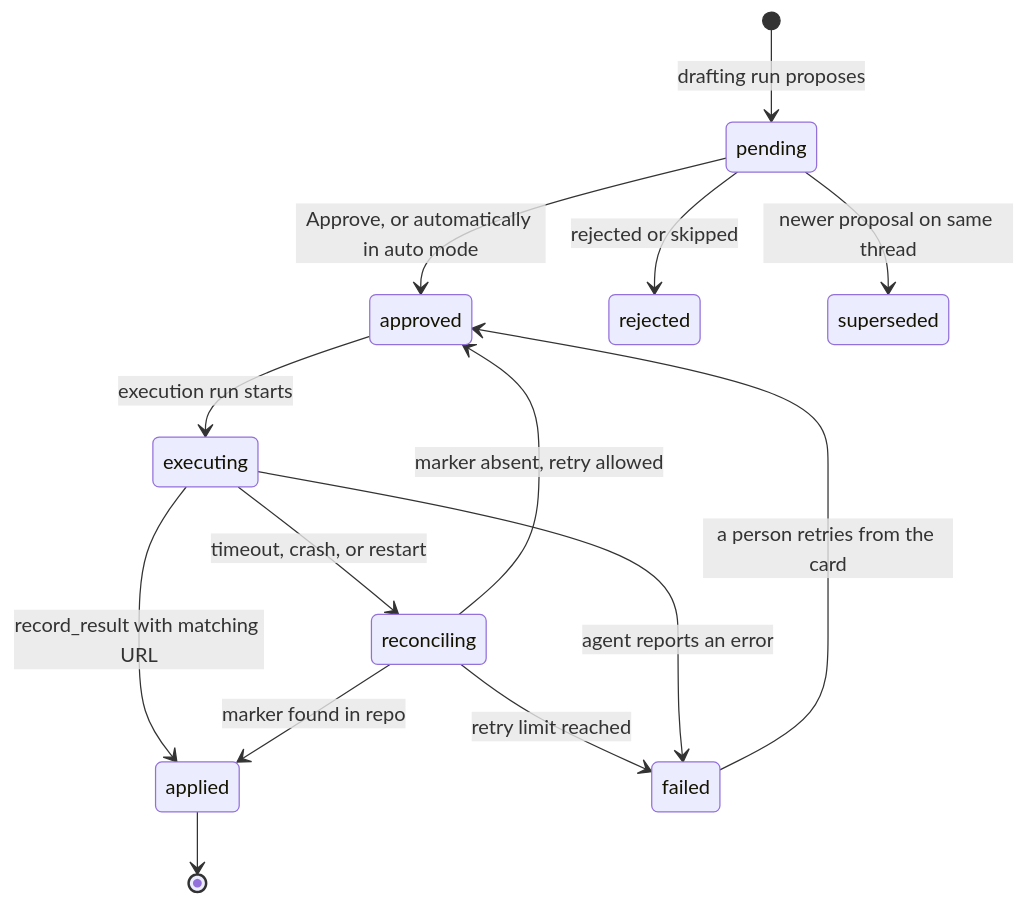
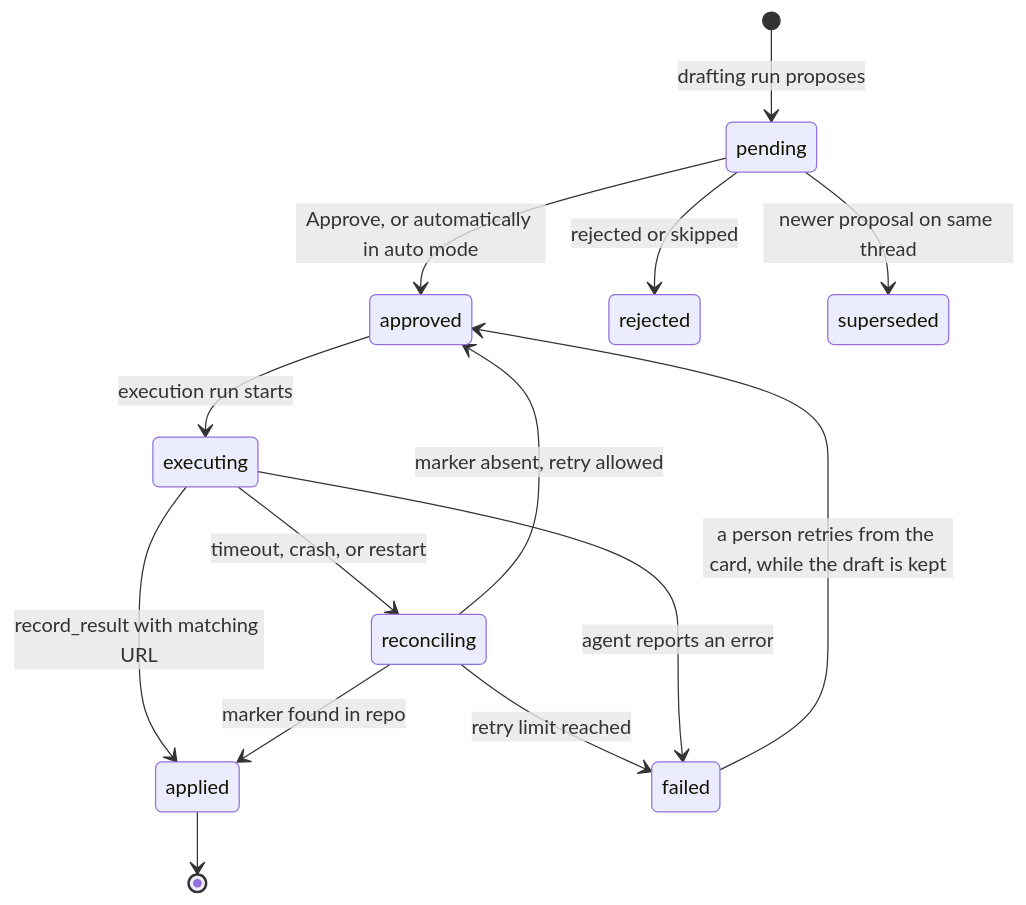
The second of 2 diagrams in docs/architecture.md (Jnkman787/jotflow), drawn with Mermaid before and after one commit. The commit also changed other lines of this file and 11 other files, not shown here.

````diff
--- a/docs/architecture.md
+++ b/docs/architecture.md
@@ -233,16 +233,16 @@
 ```mermaid
 stateDiagram-v2
     [*] --> pending: drafting run proposes
     pending --> approved: Approve, or automatically in auto mode
     pending --> rejected: rejected or skipped
     pending --> superseded: newer proposal on same thread
     approved --> executing: execution run starts
     executing --> applied: record_result with matching URL
     executing --> reconciling: timeout, crash, or restart
     reconciling --> applied: marker found in repo
     reconciling --> approved: marker absent, retry allowed
     reconciling --> failed: retry limit reached
     executing --> failed: agent reports an error
-    failed --> approved: a person retries from the card
+    failed --> approved: a person retries from the card, while the draft is kept
     applied --> [*]
 ```
````
